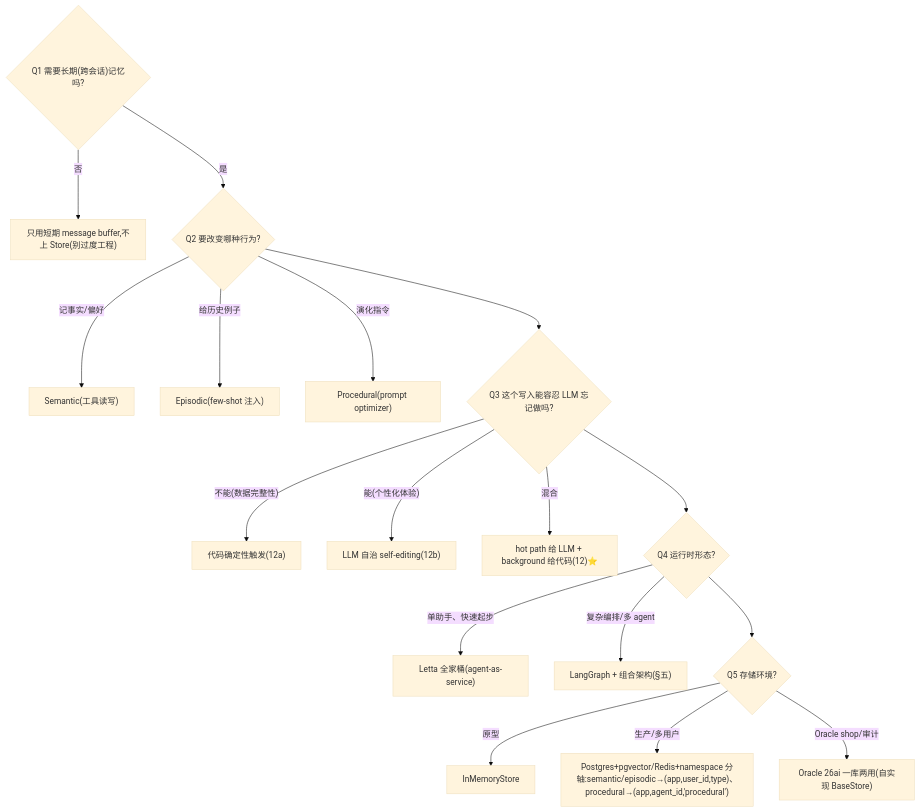
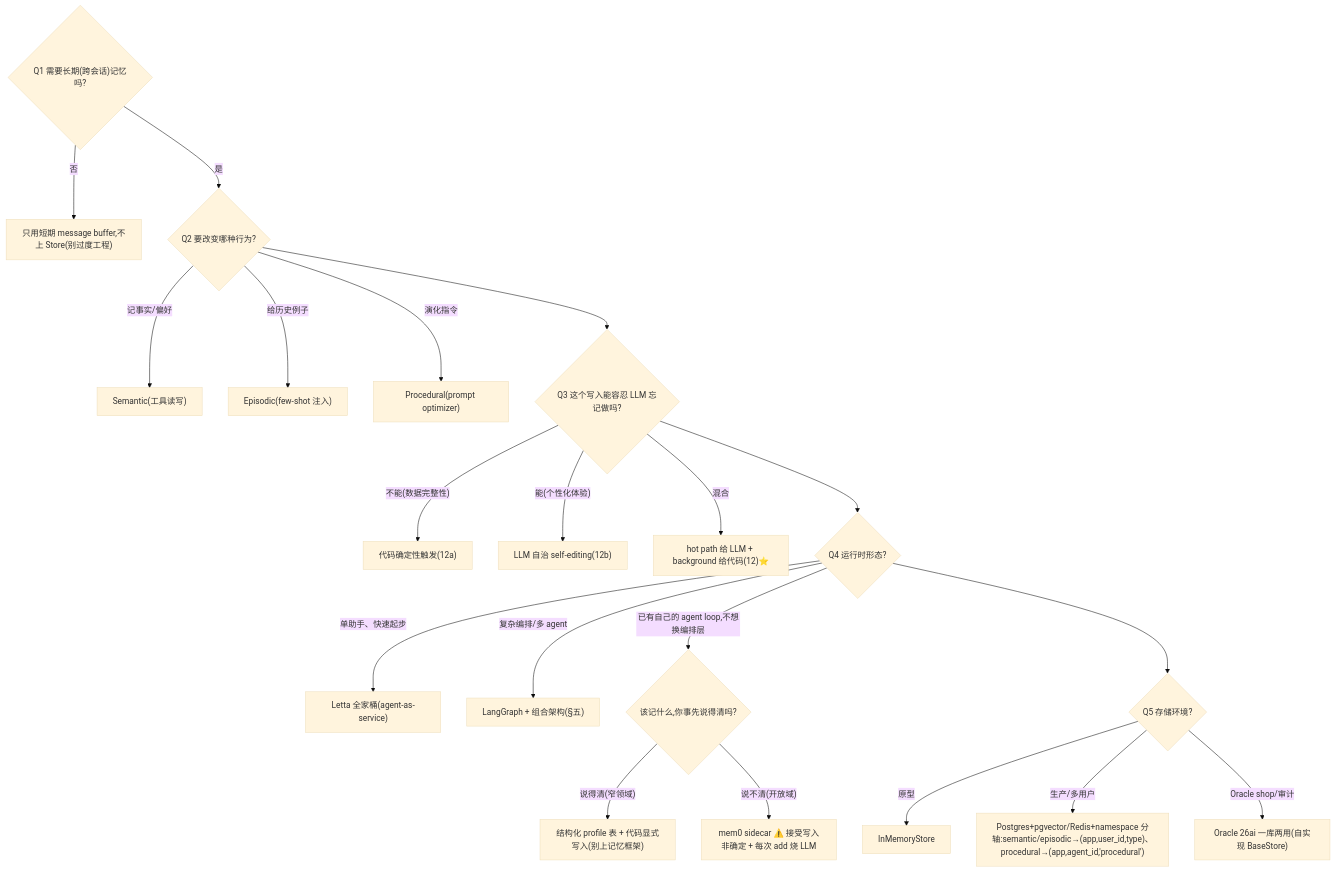
The second of 2 diagrams in agent/skills/agent-selection/6-memory.md (Colonel86/ai-agent-learn), drawn with Mermaid (base theme) before and after one commit. The commit also changed other lines of this file and 4 other files, not shown here.

````diff
--- a/agent/skills/agent-selection/6-memory.md
+++ b/agent/skills/agent-selection/6-memory.md
@@ -127,20 +155,23 @@
 ```mermaid
 flowchart TB
     Q1{"Q1 需要长期(跨会话)记忆吗?"}
     Q1 -->|"否"| N["只用短期 message buffer,不上 Store(别过度工程)"]
     Q1 -->|"是"| Q2{"Q2 要改变哪种行为?"}
     Q2 -->|"记事实/偏好"| A["Semantic(工具读写)"]
     Q2 -->|"给历史例子"| B["Episodic(few-shot 注入)"]
     Q2 -->|"演化指令"| C["Procedural(prompt optimizer)"]
     Q2 --> Q3{"Q3 这个写入能容忍 LLM 忘记做吗?"}
     Q3 -->|"不能(数据完整性)"| DET["代码确定性触发(12a)"]
     Q3 -->|"能(个性化体验)"| AUTO["LLM 自治 self-editing(12b)"]
     Q3 -->|"混合"| H["hot path 给 LLM + background 给代码(12)⭐"]
     Q3 --> Q4{"Q4 运行时形态?"}
     Q4 -->|"单助手、快速起步"| LETTA["Letta 全家桶(agent-as-service)"]
     Q4 -->|"复杂编排/多 agent"| LG["LangGraph + 组合架构(§五)"]
+    Q4 -->|"已有自己的 agent loop,不想换编排层"| M0{"该记什么,你事先说得清吗?"}
+    M0 -->|"说得清(窄领域)"| PROF["结构化 profile 表 + 代码显式写入(别上记忆框架)"]
+    M0 -->|"说不清(开放域)"| MEM0["mem0 sidecar ⚠️ 接受写入非确定 + 每次 add 烧 LLM"]
     Q4 --> Q5{"Q5 存储环境?"}
     Q5 -->|"原型"| IM["InMemoryStore"]
     Q5 -->|"生产/多用户"| PG["Postgres+pgvector/Redis+namespace 分轴:semantic/episodic→(app,user_id,type)、procedural→(app,agent_id,'procedural')"]
     Q5 -->|"Oracle shop/审计"| ORA["Oracle 26ai 一库两用(自实现 BaseStore)"]
 ```
````
